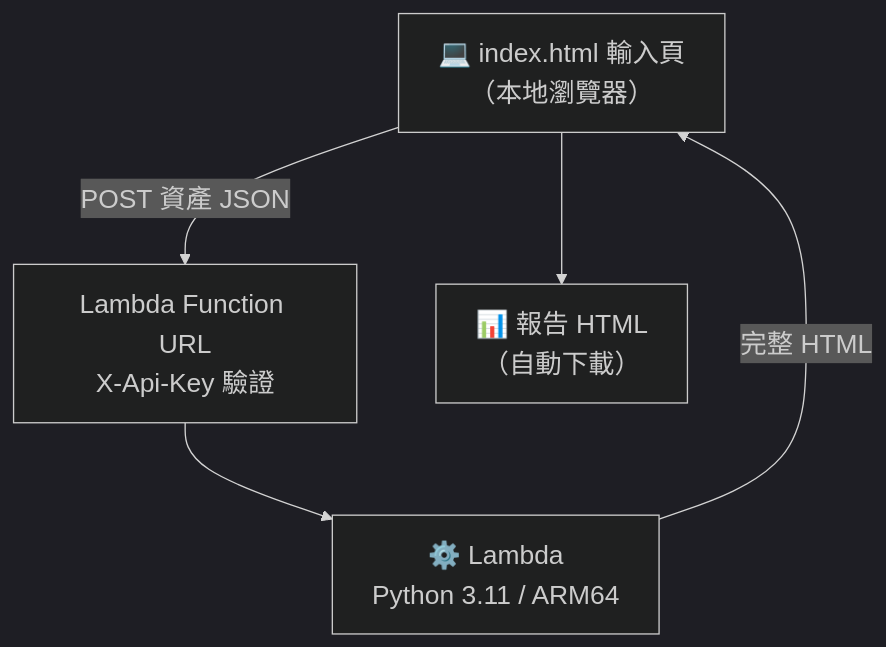
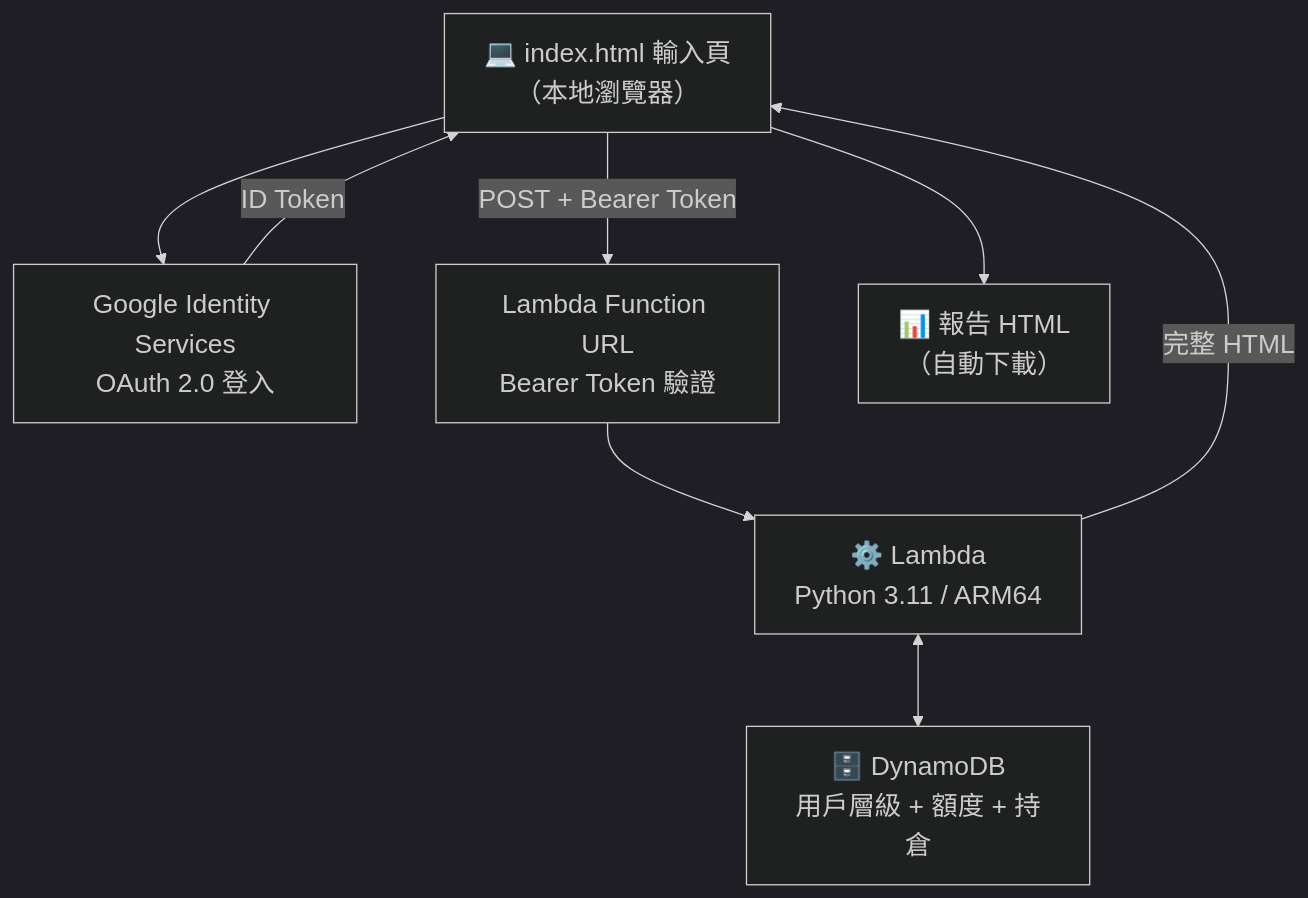
The first of 3 diagrams in README.md (burma2005/asset-report-bot), drawn with Mermaid before and after one commit. The commit also changed other lines of this file and 10 other files, not shown here.

First line of the commit message:
階段二：Google 登入 + DynamoDB 三層級用戶 + AI 深度分析

````diff
--- a/README.md
+++ b/README.md
@@ -14,11 +17,15 @@
 ```mermaid
 %%{init: {'theme':'dark', 'themeVariables': {'fontSize':'20px'}, 'flowchart': {'nodeSpacing': 60, 'rankSpacing': 70}}}%%
 flowchart TB
     UI["💻 index.html 輸入頁<br/>（本地瀏覽器）"]
-    FURL["Lambda Function URL<br/>X-Api-Key 驗證"]
+    GIS["Google Identity Services<br/>OAuth 2.0 登入"]
+    FURL["Lambda Function URL<br/>Bearer Token 驗證"]
     LB["⚙️ Lambda<br/>Python 3.11 / ARM64"]
+    DB["🗄️ DynamoDB<br/>用戶層級 + 額度 + 持倉"]
     RPT["📊 報告 HTML<br/>（自動下載）"]
 
-    UI -->|"POST 資產 JSON"| FURL --> LB
+    UI --> GIS -->|"ID Token"| UI
+    UI -->|"POST + Bearer Token"| FURL --> LB
+    LB <--> DB
     LB -->|"完整 HTML"| UI --> RPT
 ```
````
